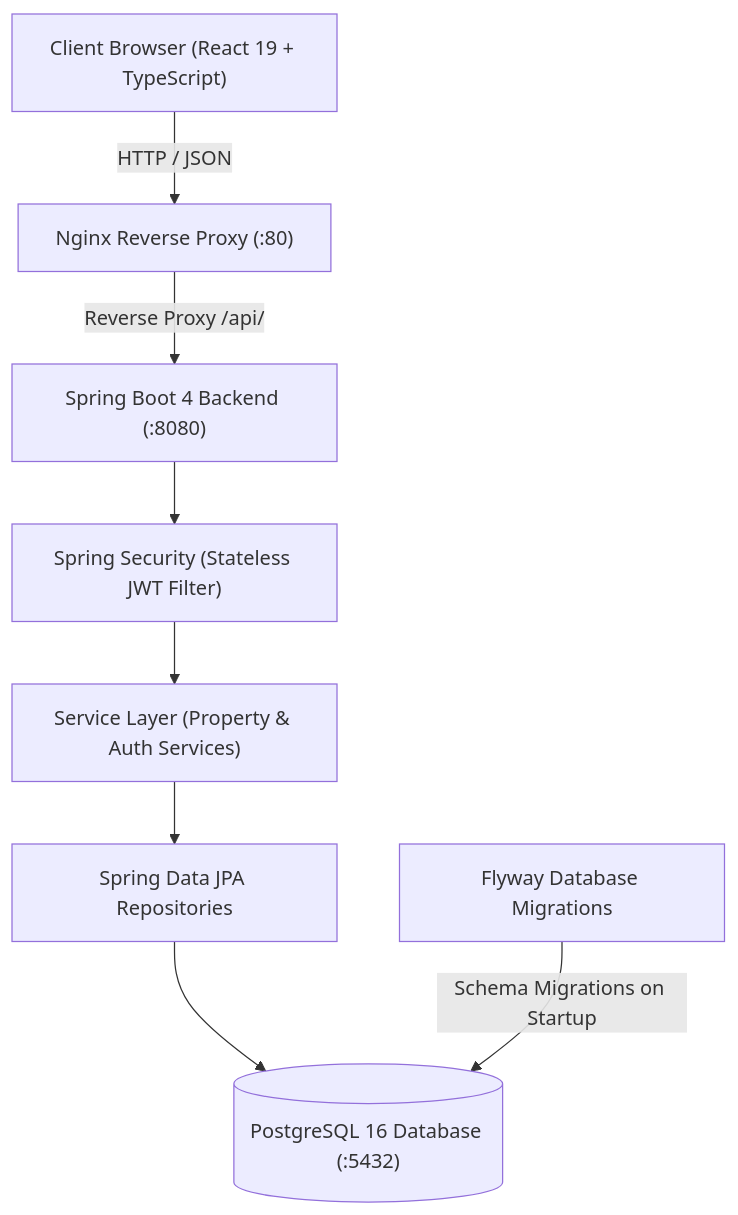
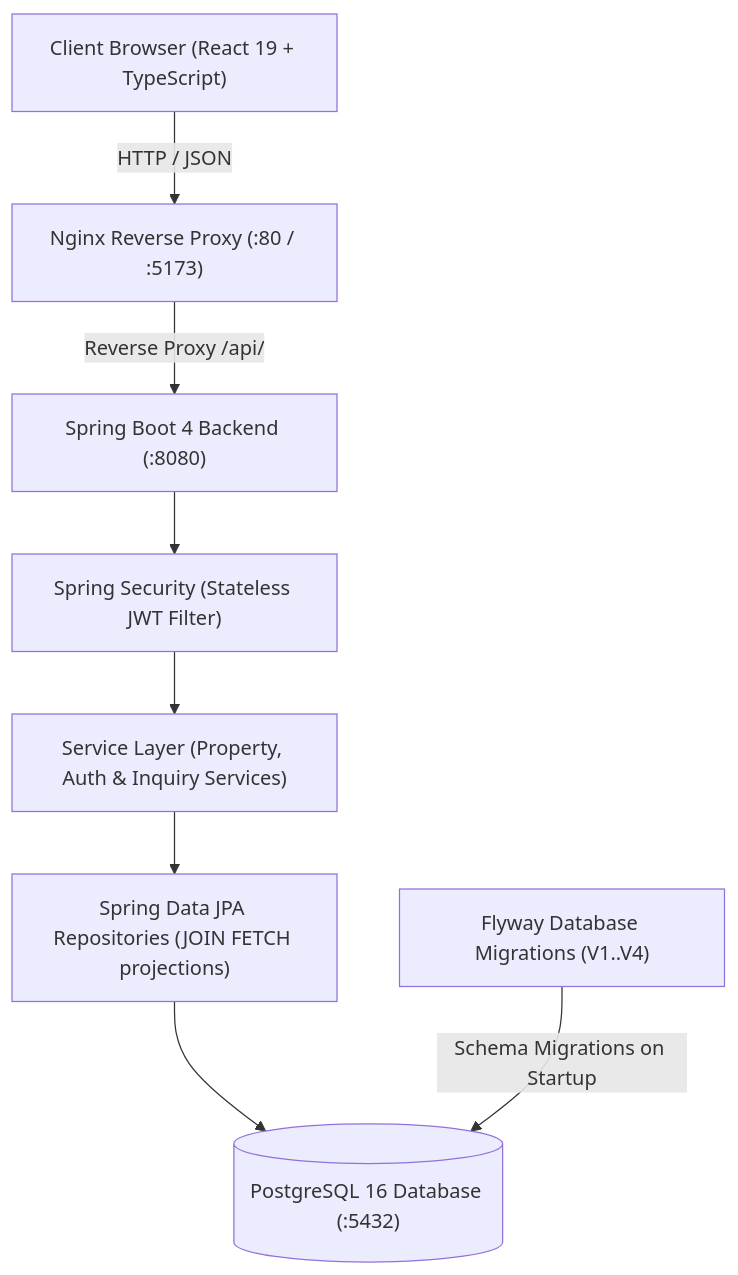
One commit to iiitsourabh-a11y/RentFlow2.0 changed the diagram in README.md. Above: the diagram before and after it, drawn with Mermaid. The commit also changed other lines of this file and 19 other files, not shown here.

Commit message:
feat: implement property inquiries workflow, N+1 query elimination, V3/V4 Flyway migrations, and 44 automated tests

````diff
--- a/README.md
+++ b/README.md
@@ -17,19 +17,19 @@
 ```mermaid
 flowchart TD
     Client["Client Browser (React 19 + TypeScript)"]
-    Nginx["Nginx Reverse Proxy (:80)"]
+    Nginx["Nginx Reverse Proxy (:80 / :5173)"]
     Backend["Spring Boot 4 Backend (:8080)"]
     Security["Spring Security (Stateless JWT Filter)"]
-    Service["Service Layer (Property & Auth Services)"]
-    Repo["Spring Data JPA Repositories"]
-    Flyway["Flyway Database Migrations"]
+    Service["Service Layer (Property, Auth & Inquiry Services)"]
+    Repo["Spring Data JPA Repositories (JOIN FETCH projections)"]
+    Flyway["Flyway Database Migrations (V1..V4)"]
     DB[("PostgreSQL 16 Database (:5432)")]
 
     Client -->|HTTP / JSON| Nginx
     Nginx -->|Reverse Proxy /api/| Backend
     Backend --> Security
     Security --> Service
     Service --> Repo
     Repo --> DB
     Flyway -->|Schema Migrations on Startup| DB
 ```
````
